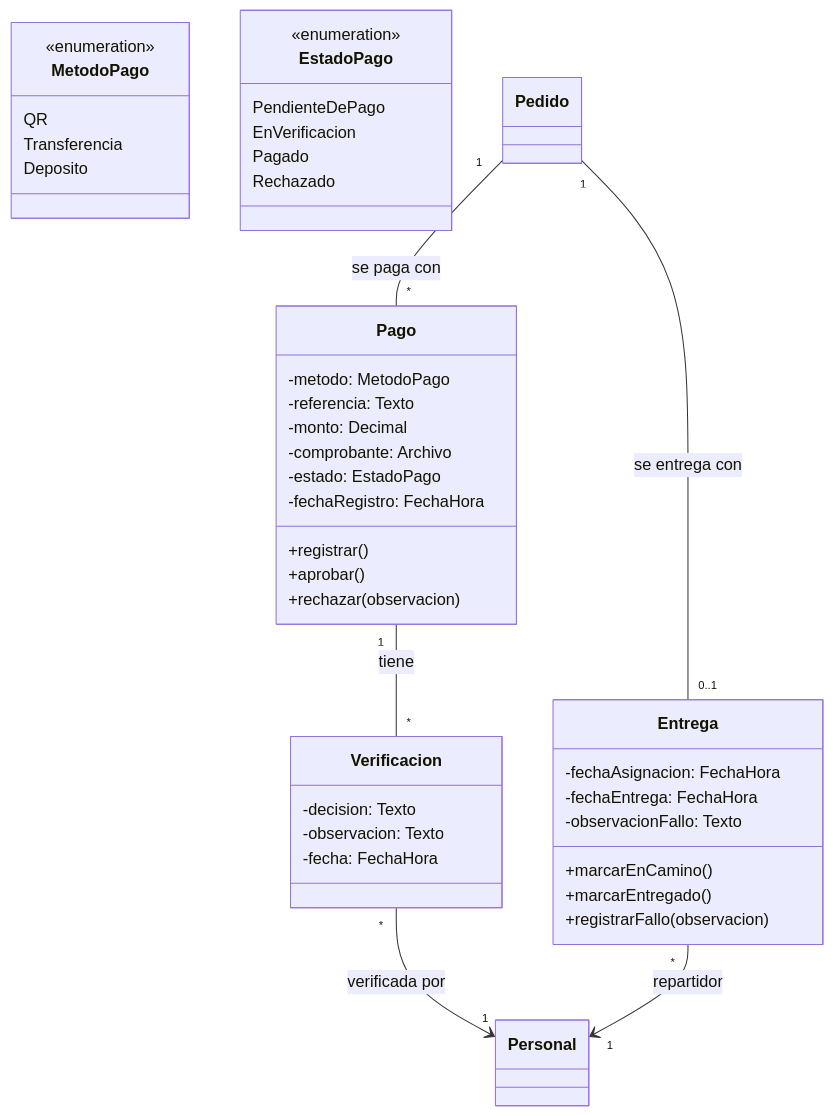
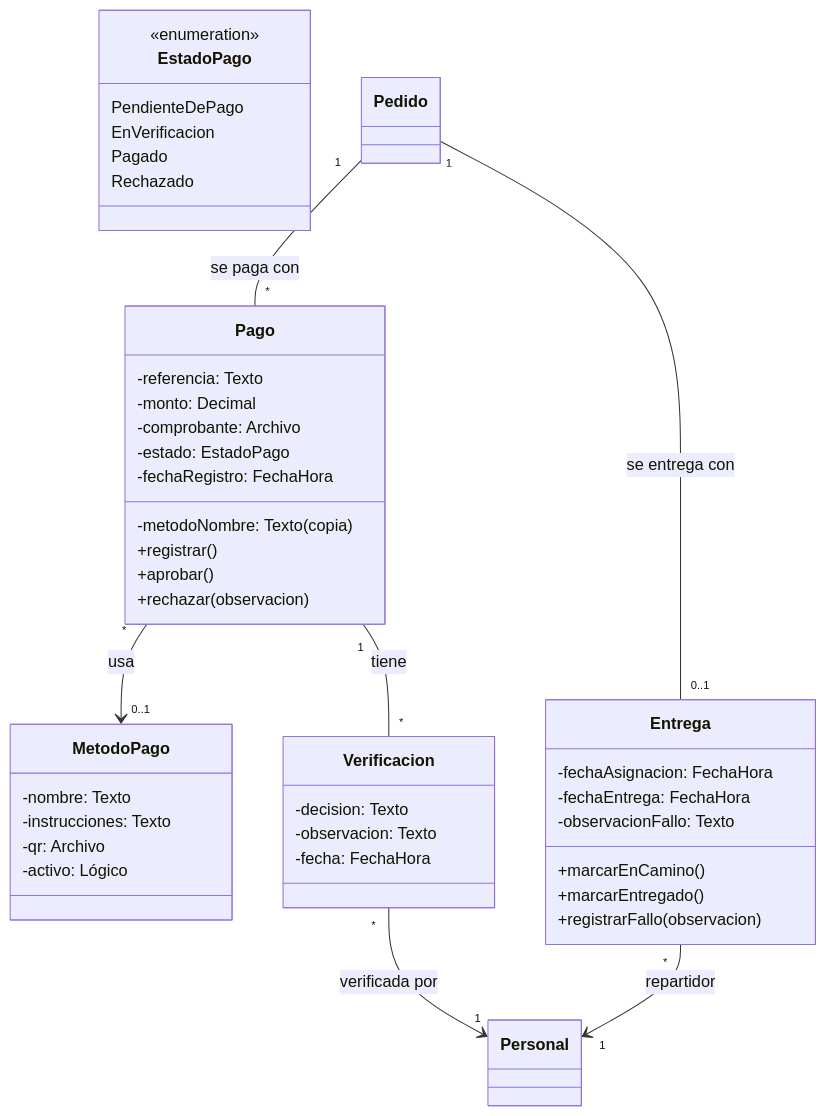
One commit to Anton10-AR/DulcesAromas changed the seventh of 10 diagrams in docs/04-modelos-uml.md. Above: the diagram before and after it, drawn with Mermaid. The commit also changed other lines of this file and 1 other file, not shown here.

First line of the commit message:
Docs: métodos de pago editables y permiso Configuración

````diff
--- a/docs/04-modelos-uml.md
+++ b/docs/04-modelos-uml.md
@@ -303,47 +302,48 @@
 ```mermaid
 classDiagram
   class Pago {
-    -metodo: MetodoPago
+    -metodoNombre: Texto (copia)
     -referencia: Texto
     -monto: Decimal
     -comprobante: Archivo
     -estado: EstadoPago
     -fechaRegistro: FechaHora
     +registrar()
     +aprobar()
     +rechazar(observacion)
   }
   class Verificacion {
     -decision: Texto
     -observacion: Texto
     -fecha: FechaHora
   }
   class Entrega {
     -fechaAsignacion: FechaHora
     -fechaEntrega: FechaHora
     -observacionFallo: Texto
     +marcarEnCamino()
     +marcarEntregado()
     +registrarFallo(observacion)
   }
   class MetodoPago {
-    <<enumeration>>
-    QR
-    Transferencia
-    Deposito
+    -nombre: Texto
+    -instrucciones: Texto
+    -qr: Archivo
+    -activo: Lógico
   }
   class EstadoPago {
     <<enumeration>>
     PendienteDePago
     EnVerificacion
     Pagado
     Rechazado
   }
   class Pedido
   class Personal
   Pedido "1" -- "*" Pago : se paga con
+  Pago "*" --> "0..1" MetodoPago : usa
   Pago "1" -- "*" Verificacion : tiene
   Verificacion "*" --> "1" Personal : verificada por
   Pedido "1" -- "0..1" Entrega : se entrega con
   Entrega "*" --> "1" Personal : repartidor
 ```
````
